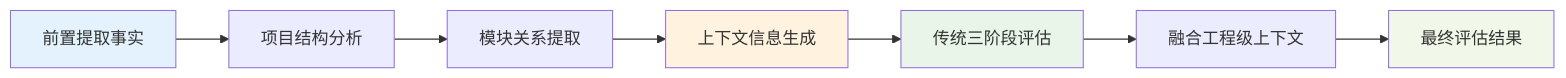
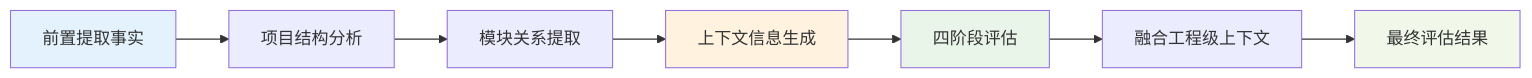
Before and after one commit to zhangxudong-g/AI_Projects: the fifth of 8 diagrams in promptfoo_wiki/fact_judge_v2/FLOWCHART.md, drawn with Mermaid. The commit also changed other lines of this file and 86 other files, not shown here.

````diff
--- a/promptfoo_wiki/fact_judge_v2/FLOWCHART.md
+++ b/promptfoo_wiki/fact_judge_v2/FLOWCHART.md
@@ -173,14 +190,14 @@
 ```mermaid
 graph LR
     A[前置提取事实] --> B[项目结构分析]
     B --> C[模块关系提取]
     C --> D[上下文信息生成]
-    D --> E[传统三阶段评估]
+    D --> E[四阶段评估]
     E --> F[融合工程级上下文]
     F --> G[最终评估结果]
 
     style A fill:#e3f2fd
     style D fill:#fff3e0
     style E fill:#e8f5e8
     style G fill:#f1f8e9
 ```
````
